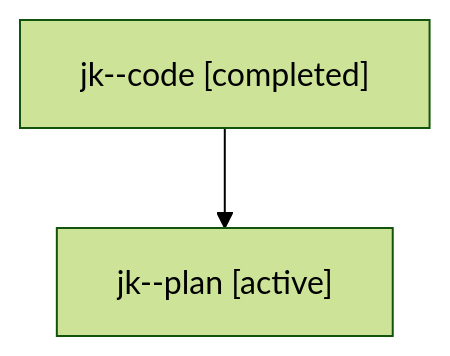
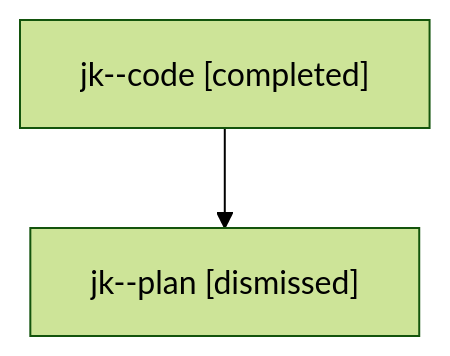
The diagram in sessions/bbugyi200.athena.jk.md (sase-org/sase--agents), drawn with Mermaid (forest theme) before and after one commit. The commit also changed other lines of this file and 14 other files, not shown here.

````diff
--- a/sessions/bbugyi200.athena.jk.md
+++ b/sessions/bbugyi200.athena.jk.md
@@ -9,6 +9,6 @@
 ```mermaid
 flowchart TD
   n0["jk--code [completed]"]
-  n1["jk--plan [active]"]
+  n1["jk--plan [dismissed]"]
   n0 --> n1
 ```
````
